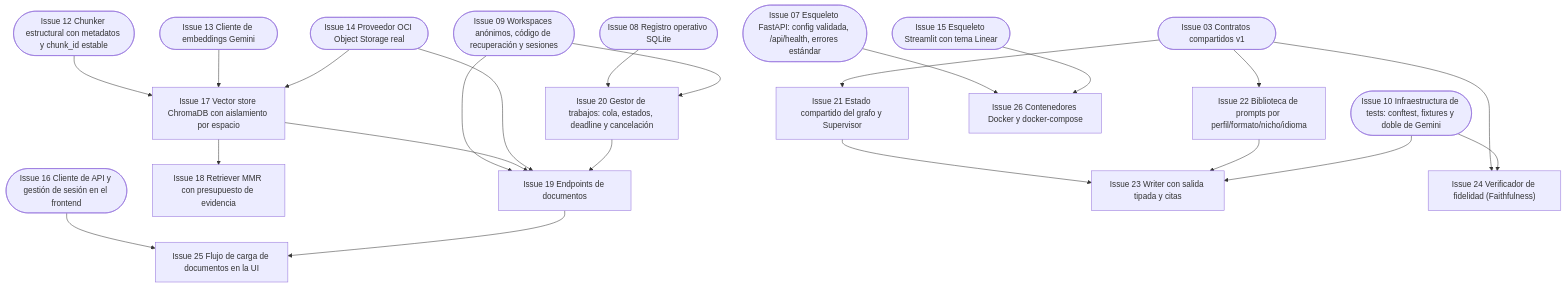
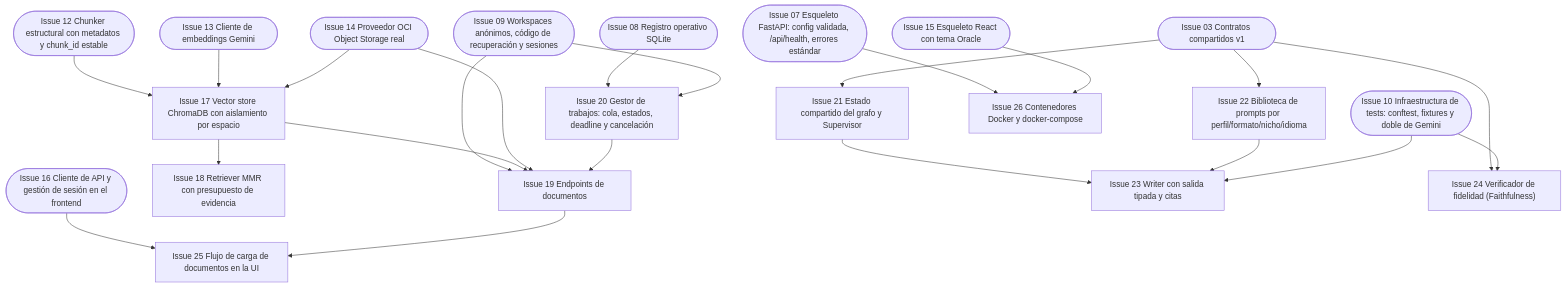
The diagram in docs/issues/fase-2-pipeline-vertical.md (DavidAlonsoCode/NuevaMente-RAG-Multiagente), drawn with Mermaid before and after one commit. The commit also changed other lines of this file and 119 other files, not shown here.

````diff
--- a/docs/issues/fase-2-pipeline-vertical.md
+++ b/docs/issues/fase-2-pipeline-vertical.md
@@ -8,44 +8,44 @@
 ```mermaid
 graph TD
     I03(["Issue 03 Contratos compartidos v1"])
     I07(["Issue 07 Esqueleto FastAPI: config validada, /api/health, errores estándar"])
     I08(["Issue 08 Registro operativo SQLite"])
     I09(["Issue 09 Workspaces anónimos, código de recuperación y sesiones"])
     I10(["Issue 10 Infraestructura de tests: conftest, fixtures y doble de Gemini"])
     I12(["Issue 12 Chunker estructural con metadatos y chunk_id estable"])
     I13(["Issue 13 Cliente de embeddings Gemini"])
     I14(["Issue 14 Proveedor OCI Object Storage real"])
-    I15(["Issue 15 Esqueleto Streamlit con tema Linear"])
+    I15(["Issue 15 Esqueleto React con tema Oracle"])
     I16(["Issue 16 Cliente de API y gestión de sesión en el frontend"])
     I17["Issue 17 Vector store ChromaDB con aislamiento por espacio"]
     I18["Issue 18 Retriever MMR con presupuesto de evidencia"]
     I19["Issue 19 Endpoints de documentos"]
     I20["Issue 20 Gestor de trabajos: cola, estados, deadline y cancelación"]
     I21["Issue 21 Estado compartido del grafo y Supervisor"]
     I22["Issue 22 Biblioteca de prompts por perfil/formato/nicho/idioma"]
     I23["Issue 23 Writer con salida tipada y citas"]
     I24["Issue 24 Verificador de fidelidad (Faithfulness)"]
     I25["Issue 25 Flujo de carga de documentos en la UI"]
     I26["Issue 26 Contenedores Docker y docker-compose"]
     I12 --> I17
     I13 --> I17
     I14 --> I17
     I17 --> I18
     I09 --> I19
     I17 --> I19
     I14 --> I19
     I20 --> I19
     I08 --> I20
     I09 --> I20
     I03 --> I21
     I03 --> I22
     I21 --> I23
     I22 --> I23
     I10 --> I23
     I03 --> I24
     I10 --> I24
     I16 --> I25
     I19 --> I25
     I07 --> I26
     I15 --> I26
 ```
````
